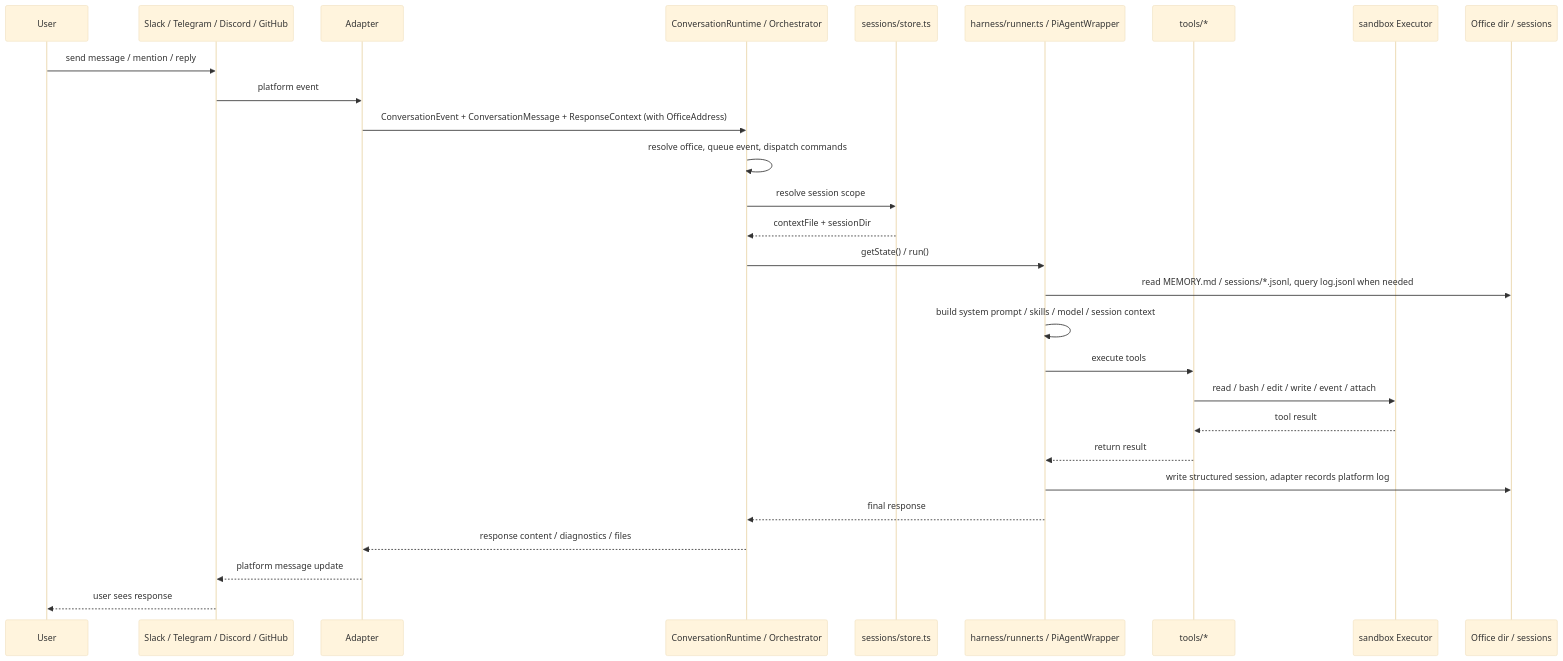
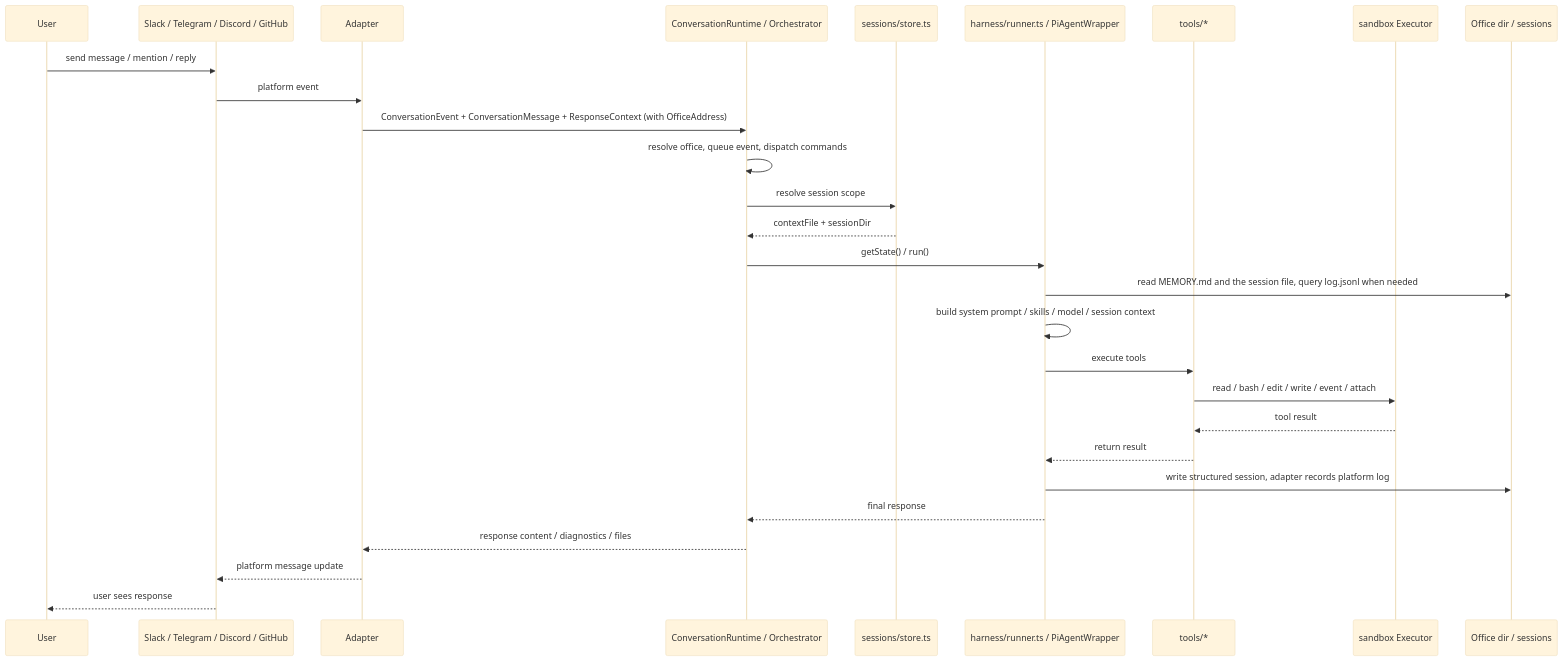
Before and after one commit to geminixiang/mikan: the first of 2 diagrams in src/content/docs/architecture.md, drawn with Mermaid (base theme). The commit also changed other lines of this file and 51 other files, not shown here.

Commit message:
feat(sessions)!: keep session files in the state dir

````diff
--- a/src/content/docs/architecture.md
+++ b/src/content/docs/architecture.md
@@ -124,31 +124,31 @@
 ```mermaid
 sequenceDiagram
   participant U as User
   participant P as Slack / Telegram / Discord / GitHub
   participant A as Adapter
   participant M as ConversationRuntime / Orchestrator
   participant S as sessions/store.ts
   participant R as harness/runner.ts / PiAgentWrapper
   participant T as tools/*
   participant X as sandbox Executor
   participant W as Office dir / sessions
 
   U->>P: send message / mention / reply
   P->>A: platform event
   A->>M: ConversationEvent + ConversationMessage + ResponseContext (with OfficeAddress)
   M->>M: resolve office, queue event, dispatch commands
   M->>S: resolve session scope
   S-->>M: contextFile + sessionDir
   M->>R: getState() / run()
-  R->>W: read MEMORY.md / sessions/*.jsonl, query log.jsonl when needed
+  R->>W: read MEMORY.md and the session file, query log.jsonl when needed
   R->>R: build system prompt / skills / model / session context
   R->>T: execute tools
   T->>X: read / bash / edit / write / event / attach
   X-->>T: tool result
   T-->>R: return result
   R->>W: write structured session, adapter records platform log
   R-->>M: final response
   M-->>A: response content / diagnostics / files
   A-->>P: platform message update
   P-->>U: user sees response
 ```
````
